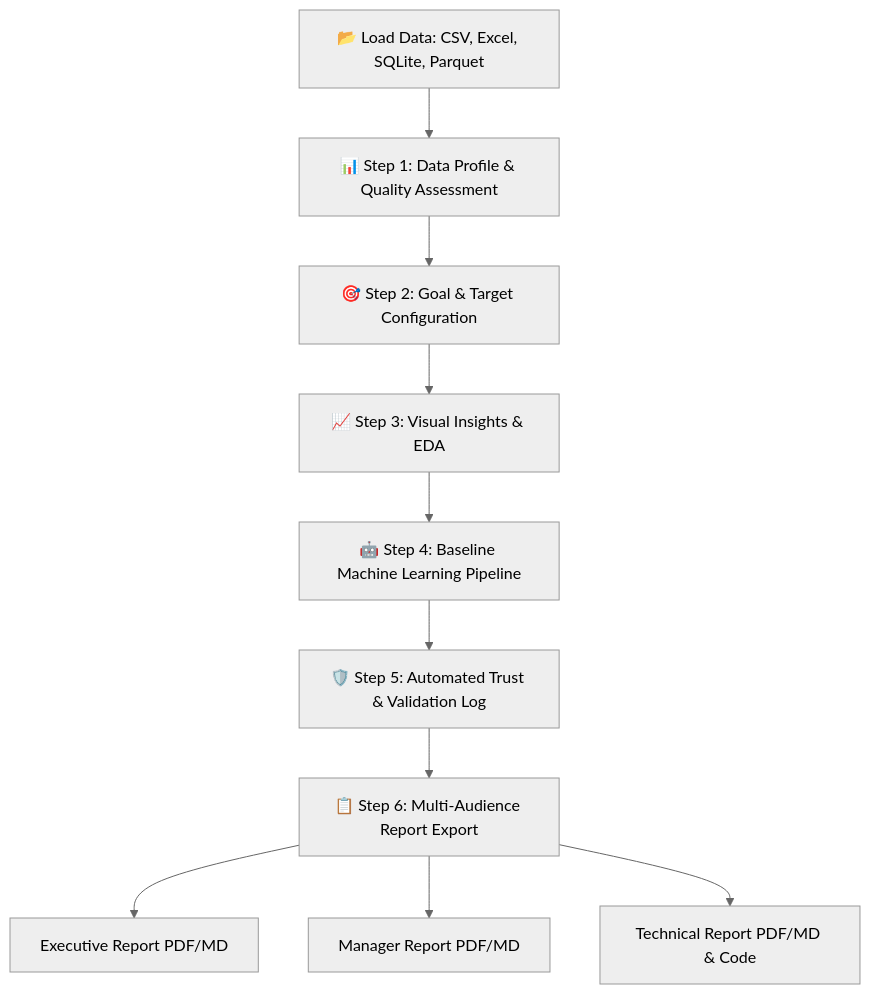
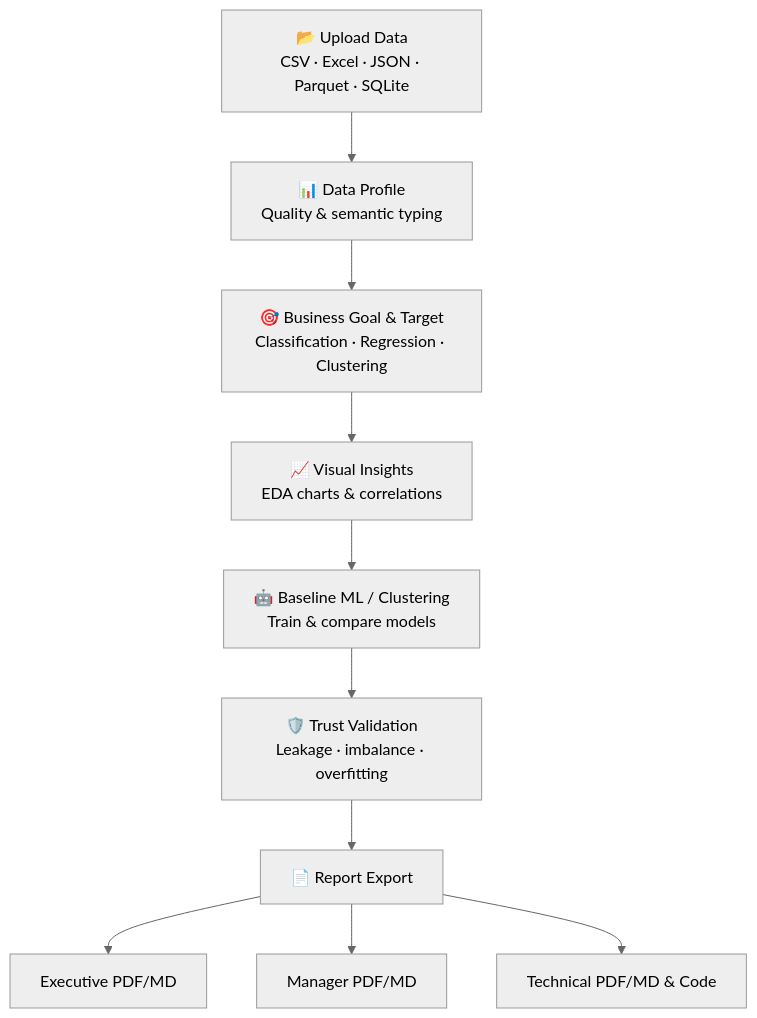
One commit to elotfian/Data2Business-Agent changed the diagram in README.md. Above: the diagram before and after it, drawn with Mermaid (neutral theme). The commit also changed other lines of this file and 6 other files, not shown here.

````diff
--- a/README.md
+++ b/README.md
@@ -11,12 +11,12 @@
 ```mermaid
 graph TD
-    A[📂 Load Data: CSV, Excel, SQLite, Parquet] --> B[📊 Step 1: Data Profile & Quality Assessment]
-    B --> C[🎯 Step 2: Goal & Target Configuration]
-    C --> D[📈 Step 3: Visual Insights & EDA]
-    D --> E[🤖 Step 4: Baseline Machine Learning Pipeline]
-    E --> F[🛡️ Step 5: Automated Trust & Validation Log]
-    F --> G[📋 Step 6: Multi‑Audience Report Export]
-    G --> H[Executive Report PDF/MD]
-    G --> I[Manager Report PDF/MD]
-    G --> J[Technical Report PDF/MD & Code]
+    A["📂 Upload Data<br>CSV · Excel · JSON · Parquet · SQLite"] --> B["📊 Data Profile<br>Quality & semantic typing"]
+    B --> C["🎯 Business Goal & Target<br>Classification · Regression · Clustering"]
+    C --> D["📈 Visual Insights<br>EDA charts & correlations"]
+    D --> E["🤖 Baseline ML / Clustering<br>Train & compare models"]
+    E --> F["🛡️ Trust Validation<br>Leakage · imbalance · overfitting"]
+    F --> G["📄 Report Export"]
+    G --> H["Executive PDF/MD"]
+    G --> I["Manager PDF/MD"]
+    G --> J["Technical PDF/MD & Code"]
 ```
````
